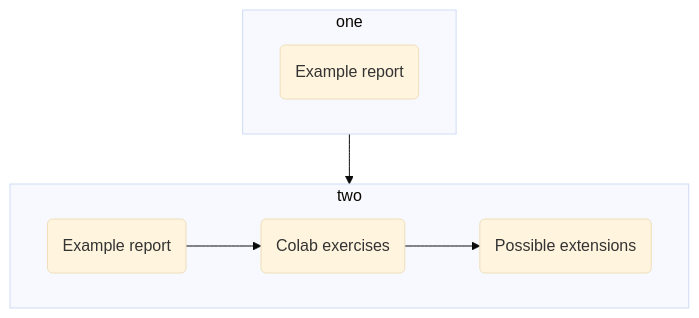
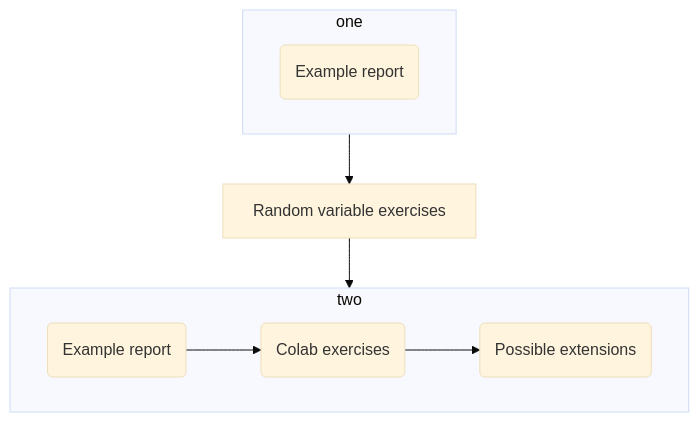
One commit to autofeedback-exercises/website changed the diagram in Objects.md. Above: the diagram before and after it, drawn with Mermaid (base theme).

````diff
--- a/Objects.md
+++ b/Objects.md
@@ -12,17 +12,19 @@
 ```mermaid
 flowchart TD
    subgraph one
       direction LR
       A(Example report)
    end
-   one --> two
+   one --> R["Random variable exercises"]
+   R --> two
    subgraph two
      direction LR
      D(Example report) --> E("Colab exercises")
      E --> F("Possible extensions")
    end 
    click A "objects/complex_number_report.pdf" "An example report in which complex numbers, sets, functions, vectors and matrices are explored"
    click D "objects/objects-and-operators-report.pdf" "An example report that uses operators to manipulate mathematical objects"
    click E "https://colab.research.google.com/github/autofeedback-exercises/exercises/blob/main/Objects/Operators/Operators.ipynb" "Colab exercises on manipulating vectors, matrices and NumPy arrays using Python"
    click F "objects/operator_extensions.html" "Ideas for portfolio reports based on this topic"
+   click R "Random_variables.html" "The exercises on random variables"
 ```
````
